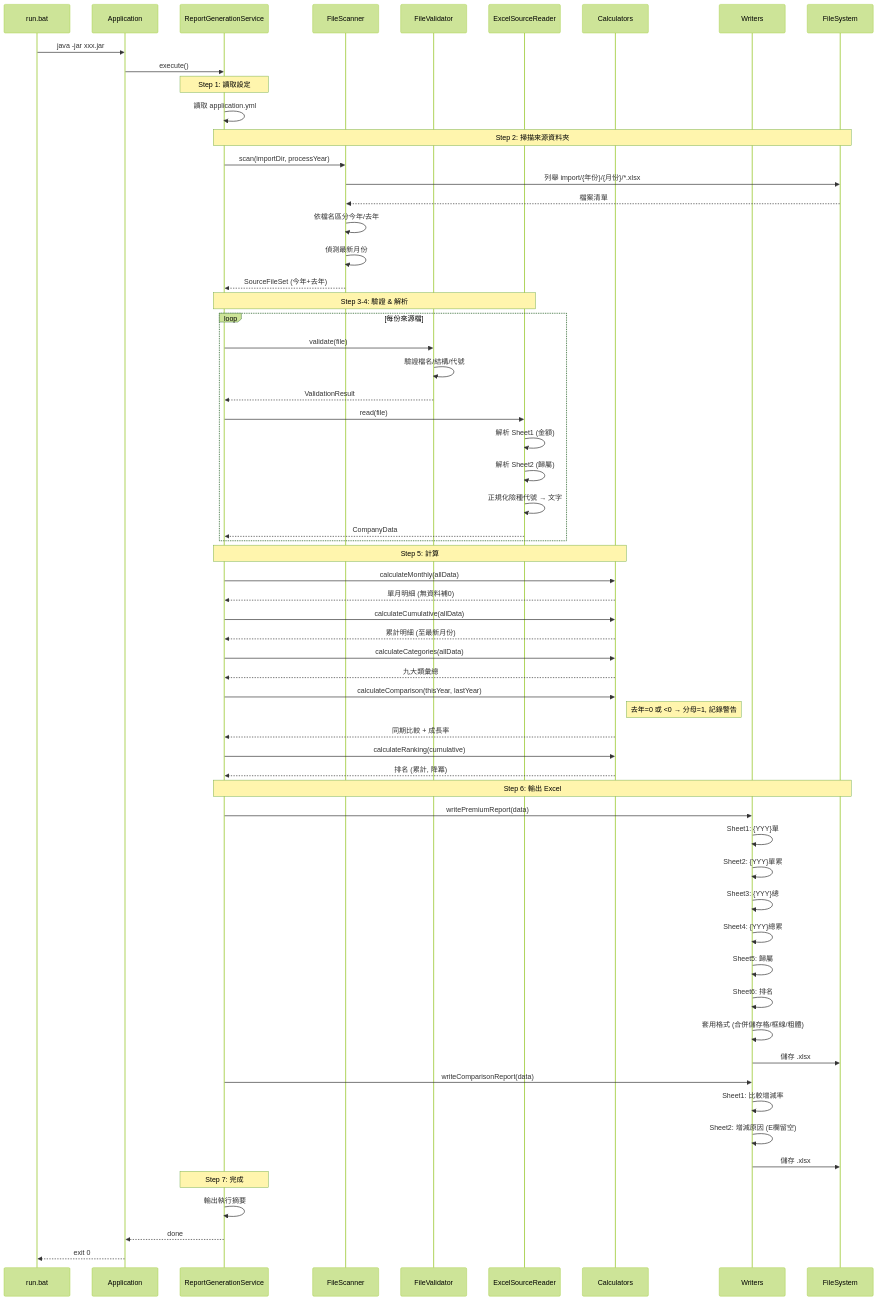
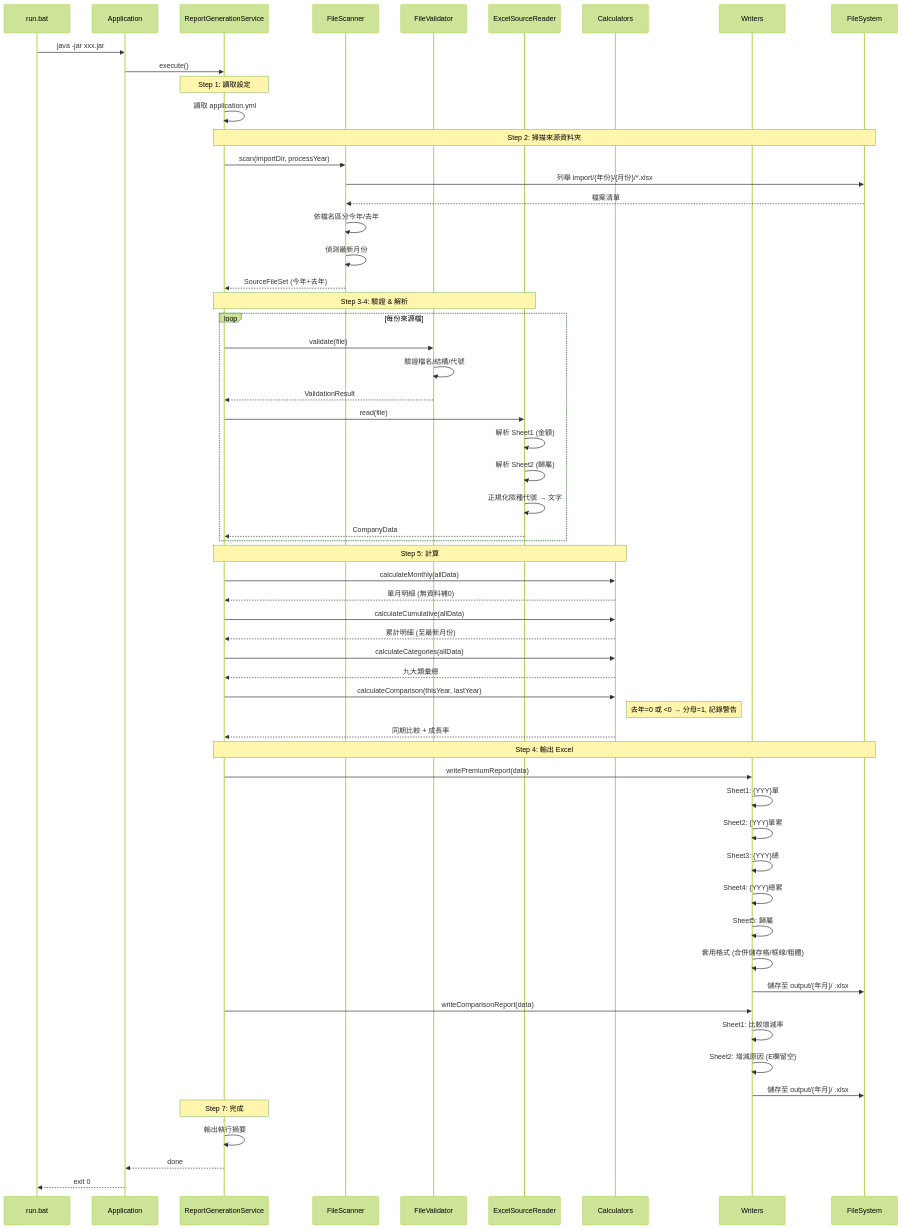
The second of 5 diagrams in docs/architecture.md (seawaterfoods/premium-report-automation), drawn with Mermaid (forest theme) before and after one commit. The commit also changed other lines of this file and 2 other files, not shown here.

First line of the commit message:
docs: 新增操作手冊 + 更新 README 和架構圖

````diff
--- a/docs/architecture.md
+++ b/docs/architecture.md
@@ -93,72 +90,69 @@
 ```mermaid
 sequenceDiagram
     participant BAT as run.bat
     participant APP as Application
     participant SVC as ReportGenerationService
     participant SCN as FileScanner
     participant VAL as FileValidator
     participant RDR as ExcelSourceReader
     participant CAL as Calculators
     participant WRT as Writers
     participant FS as FileSystem
 
     BAT->>APP: java -jar xxx.jar
     APP->>SVC: execute()
     
     Note over SVC: Step 1: 讀取設定
     SVC->>SVC: 讀取 application.yml
     
     Note over SVC,FS: Step 2: 掃描來源資料夾
     SVC->>SCN: scan(importDir, processYear)
     SCN->>FS: 列舉 import/{年份}/{月份}/*.xlsx
     FS-->>SCN: 檔案清單
     SCN->>SCN: 依檔名區分今年/去年
     SCN->>SCN: 偵測最新月份
     SCN-->>SVC: SourceFileSet (今年+去年)
     
     Note over SVC,RDR: Step 3-4: 驗證 & 解析
     loop 每份來源檔
         SVC->>VAL: validate(file)
         VAL->>VAL: 驗證檔名/結構/代號
         VAL-->>SVC: ValidationResult
         SVC->>RDR: read(file)
         RDR->>RDR: 解析 Sheet1 (金額)
         RDR->>RDR: 解析 Sheet2 (歸屬)
         RDR->>RDR: 正規化險種代號 → 文字
         RDR-->>SVC: CompanyData
     end
     
     Note over SVC,CAL: Step 5: 計算
     SVC->>CAL: calculateMonthly(allData)
     CAL-->>SVC: 單月明細 (無資料補0)
     SVC->>CAL: calculateCumulative(allData)
     CAL-->>SVC: 累計明細 (至最新月份)
     SVC->>CAL: calculateCategories(allData)
     CAL-->>SVC: 九大類彙總
     SVC->>CAL: calculateComparison(thisYear, lastYear)
     Note right of CAL: 去年=0 或 <0 → 分母=1, 記錄警告
     CAL-->>SVC: 同期比較 + 成長率
-    SVC->>CAL: calculateRanking(cumulative)
-    CAL-->>SVC: 排名 (累計, 降冪)
     
-    Note over SVC,FS: Step 6: 輸出 Excel
+    Note over SVC,FS: Step 4: 輸出 Excel
     SVC->>WRT: writePremiumReport(data)
     WRT->>WRT: Sheet1: {YYY}單
     WRT->>WRT: Sheet2: {YYY}單累
     WRT->>WRT: Sheet3: {YYY}總
     WRT->>WRT: Sheet4: {YYY}總累
     WRT->>WRT: Sheet5: 歸屬
-    WRT->>WRT: Sheet6: 排名
     WRT->>WRT: 套用格式 (合併儲存格/框線/粗體)
-    WRT->>FS: 儲存 .xlsx
+    WRT->>FS: 儲存至 output/{年月}/ .xlsx
     
     SVC->>WRT: writeComparisonReport(data)
     WRT->>WRT: Sheet1: 比較增減率
     WRT->>WRT: Sheet2: 增減原因 (E欄留空)
-    WRT->>FS: 儲存 .xlsx
+    WRT->>FS: 儲存至 output/{年月}/ .xlsx
     
     Note over SVC: Step 7: 完成
     SVC->>SVC: 輸出執行摘要
     SVC-->>APP: done
     APP-->>BAT: exit 0
 ```
````
